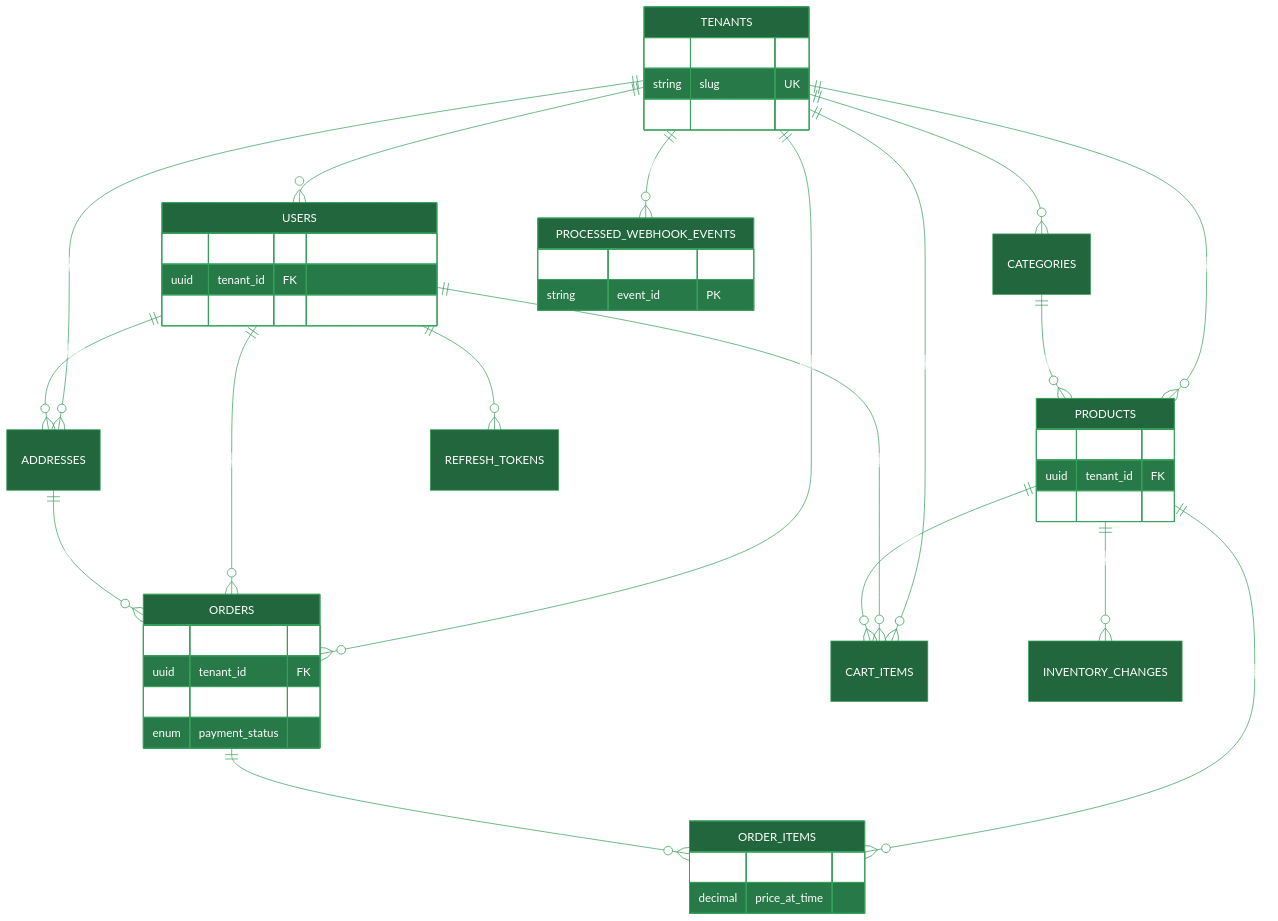
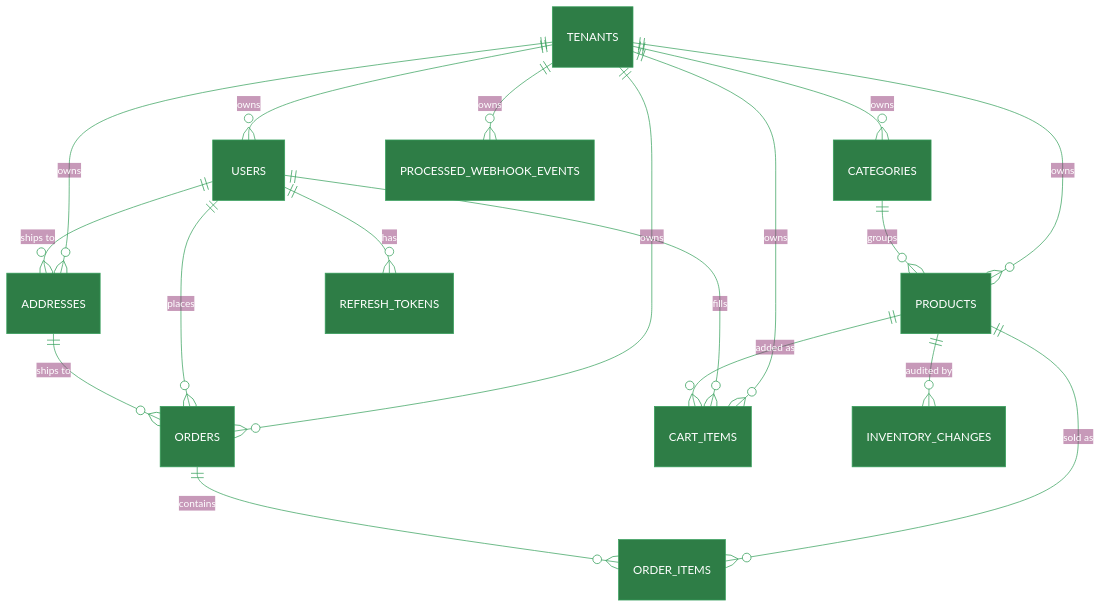
One commit to venixhq/venix changed the fourth of 7 diagrams in README.md. Above: the diagram before and after it, drawn with Mermaid. The commit also changed other lines of this file, not shown here.

````diff
--- a/README.md
+++ b/README.md
@@ -194,51 +194,21 @@
 ```mermaid
-%%{init: {'theme':'base','themeVariables':{'primaryColor':'#22663D','primaryTextColor':'#FFFFFF','primaryBorderColor':'#37A05C','lineColor':'#37A05C','textColor':'#24292F','tertiaryColor':'#FFFFFF','attributeBackgroundColorOdd':'#EAF4EE','attributeBackgroundColorEven':'#FFFFFF','fontFamily':'ui-sans-serif, system-ui, sans-serif'}}}%%
+%%{init: {'theme':'base','themeVariables':{'primaryColor':'#2E7D46','primaryTextColor':'#FFFFFF','primaryBorderColor':'#37A05C','lineColor':'#37A05C','fontFamily':'ui-sans-serif, system-ui, sans-serif'}}}%%
 erDiagram
     TENANTS ||--o{ USERS : owns
     TENANTS ||--o{ CATEGORIES : owns
     TENANTS ||--o{ PRODUCTS : owns
     TENANTS ||--o{ ORDERS : owns
     TENANTS ||--o{ CART_ITEMS : owns
     TENANTS ||--o{ ADDRESSES : owns
     TENANTS ||--o{ PROCESSED_WEBHOOK_EVENTS : owns
     USERS ||--o{ REFRESH_TOKENS : "has"
     USERS ||--o{ ADDRESSES : "ships to"
     USERS ||--o{ CART_ITEMS : fills
     USERS ||--o{ ORDERS : places
     CATEGORIES ||--o{ PRODUCTS : groups
     PRODUCTS ||--o{ CART_ITEMS : "added as"
     PRODUCTS ||--o{ ORDER_ITEMS : "sold as"
     PRODUCTS ||--o{ INVENTORY_CHANGES : "audited by"
     ADDRESSES ||--o{ ORDERS : "ships to"
     ORDERS ||--o{ ORDER_ITEMS : contains
-
-    TENANTS {
-        uuid id PK
-        string slug UK
-        string api_key_hash UK
-    }
-    USERS {
-        int id PK
-        uuid tenant_id FK
-        string role "CUSTOMER / ADMIN"
-    }
-    PRODUCTS {
-        int id PK
-        uuid tenant_id FK
-        int stock
-    }
-    ORDERS {
-        int id PK
-        uuid tenant_id FK
-        enum status
-        enum payment_status
-    }
-    ORDER_ITEMS {
-        int id PK
-        decimal price_at_time
-    }
-    PROCESSED_WEBHOOK_EVENTS {
-        uuid tenant_id PK
-        string event_id PK
-    }
 ```
````
